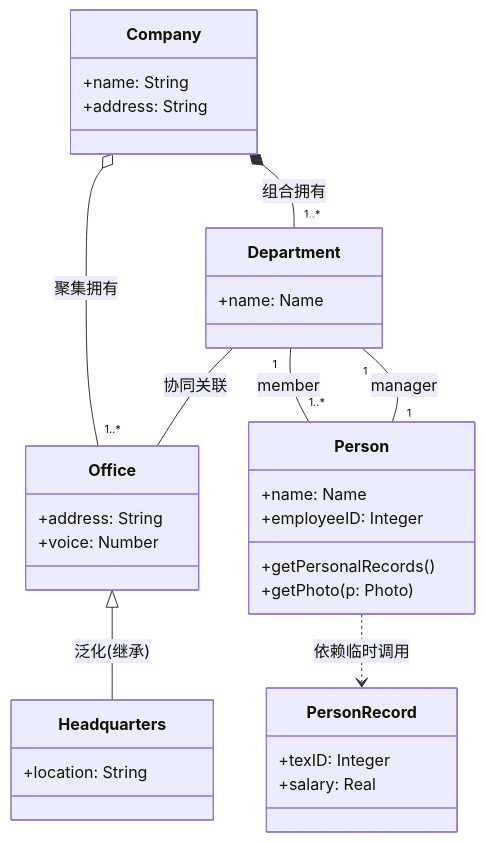
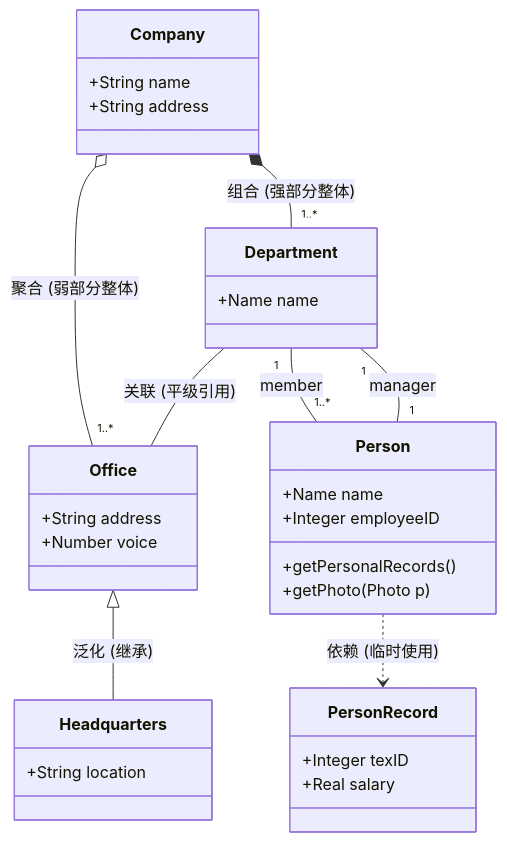
The third of 11 diagrams in 02-visual-diagrams/02-UML核心建模图谱与设计视图全景图解.md (cpsa3/software-designer-fast-pass), drawn with Mermaid before and after one commit. The commit also changed other lines of this file, not shown here.

Commit message:
refactor(uml): 彻底重构UML图解文档为纯视觉流，100%统一Mermaid原生矢量图，消除ASCII与语法报错

````diff
--- a/02-visual-diagrams/02-UML核心建模图谱与设计视图全景图解.md
+++ b/02-visual-diagrams/02-UML核心建模图谱与设计视图全景图解.md
@@ -96,53 +79,43 @@
 ```mermaid
 classDiagram
     direction TB
 
     class Company {
-        +name: String
-        +address: String
+        +String name
+        +String address
     }
 
     class Department {
-        +name: Name
+        +Name name
     }
 
     class Office {
-        +address: String
-        +voice: Number
+        +String address
+        +Number voice
     }
 
     class Headquarters {
-        +location: String
+        +String location
     }
 
     class Person {
-        +name: Name
-        +employeeID: Integer
+        +Name name
+        +Integer employeeID
         +getPersonalRecords()
-        +getPhoto(p: Photo)
+        +getPhoto(Photo p)
     }
 
     class PersonRecord {
-        +texID: Integer
-        +salary: Real
+        +Integer texID
+        +Real salary
     }
 
-    %% 1. 组合: 强部分整体 (Company 与 Department)
-    Company *-- "1..*" Department : 组合拥有
-
-    %% 2. 聚合: 弱部分整体 (Company 与 Office)
-    Company o-- "1..*" Office : 聚集拥有
-
-    %% 3. 普通平级关联 (Department 与 Office)
-    Department -- Office : 协同关联
-
-    %% 4. 角色与多重度关联 (Department 与 Person)
+    %% 关系连线
+    Company *-- "1..*" Department : 组合 (强部分整体)
+    Company o-- "1..*" Office : 聚合 (弱部分整体)
+    Department -- Office : 关联 (平级引用)
     Department "1" -- "1..*" Person : member
     Department "1" -- "1" Person : manager
-
-    %% 5. 泛化: Headquarters 继承自 Office
-    Office <|-- Headquarters : 泛化(继承)
-
-    %% 6. 依赖: Person 依赖 PersonRecord
-    Person ..> PersonRecord : 依赖临时调用
+    Office <|-- Headquarters : 泛化 (继承)
+    Person ..> PersonRecord : 依赖 (临时使用)
 ```
````
